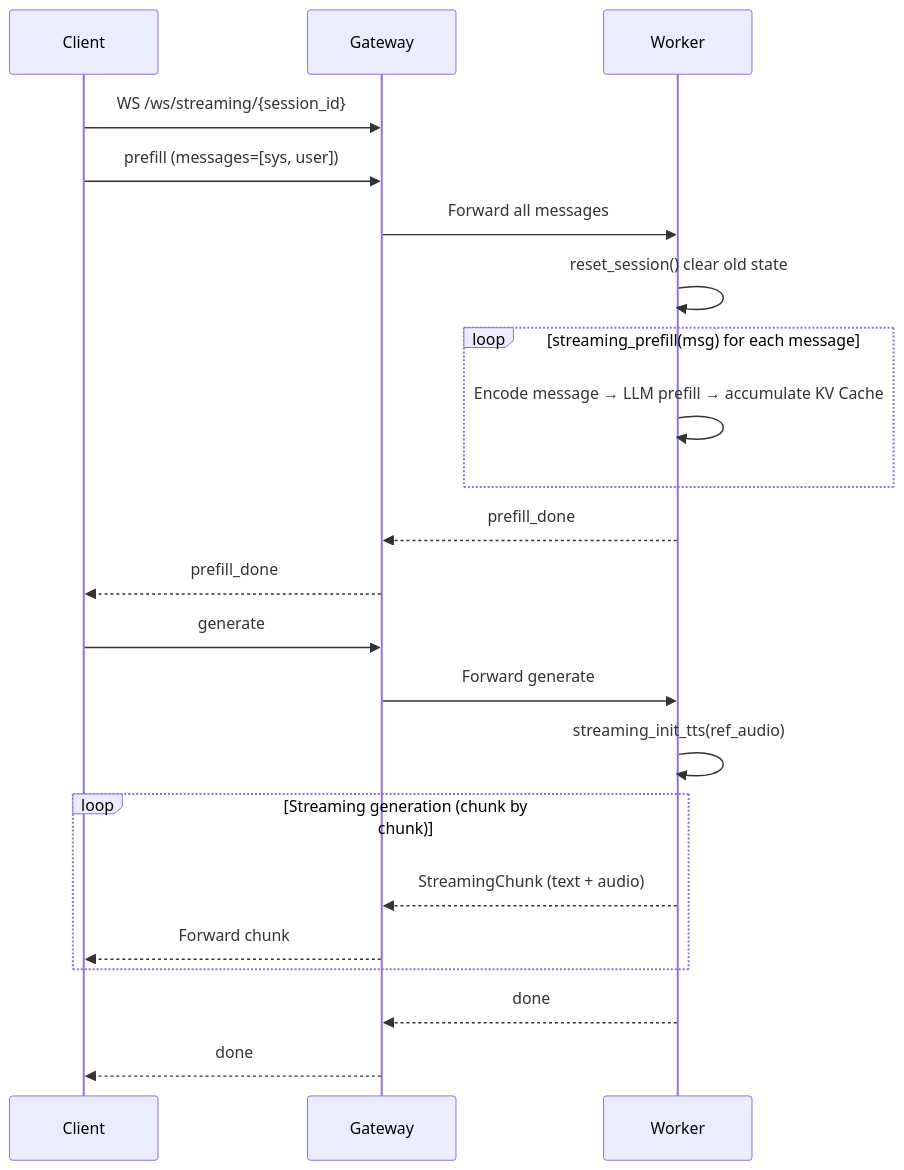
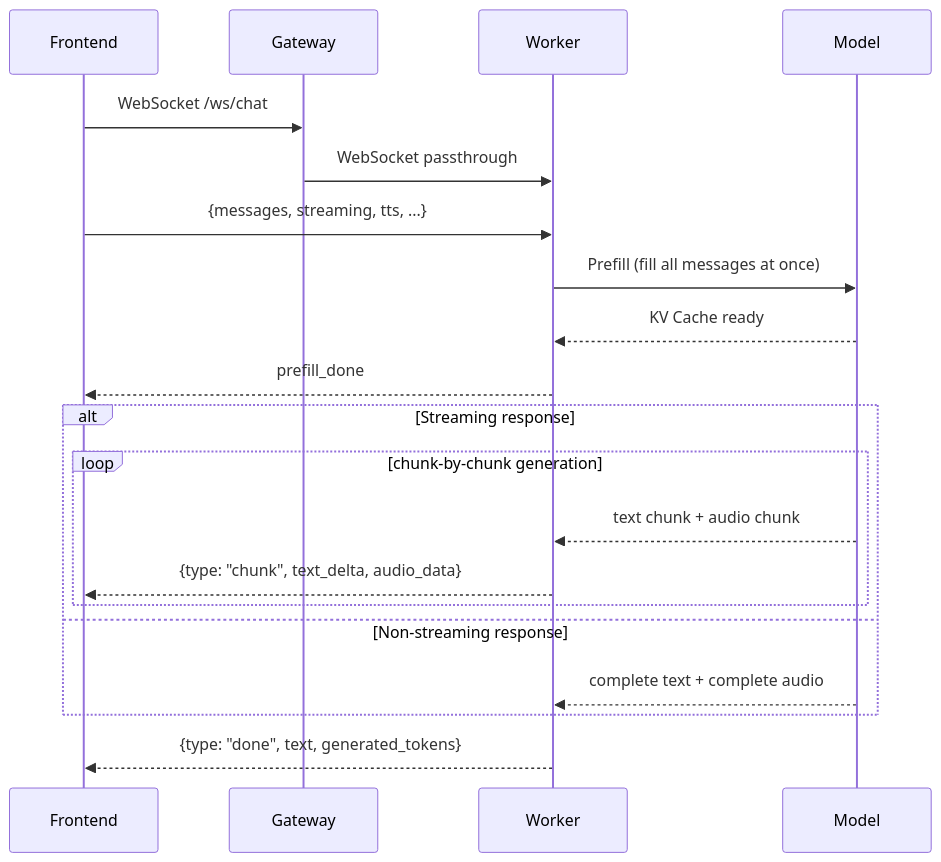
Before and after one commit to OpenBMB/minicpm-o-4_5-pytorch-simple-demo: the second of 2 diagrams in docs/en/architecture/streaming.md, drawn with Mermaid. The commit also changed other lines of this file and 48 other files, not shown here.

````diff
--- a/docs/en/architecture/streaming.md
+++ b/docs/en/architecture/streaming.md
@@ -9,26 +28,26 @@
 ```mermaid
 sequenceDiagram
-    participant C as Client
+    participant FE as Frontend
     participant GW as Gateway
-    participant W as Worker
+    participant WK as Worker
+    participant MD as Model
 
-    C->>GW: WS /ws/streaming/{session_id}
-    C->>GW: prefill (messages=[sys, user])
-    GW->>W: Forward all messages
-    W->>W: reset_session() clear old state
-    loop streaming_prefill(msg) for each message
-        W->>W: Encode message → LLM prefill → accumulate KV Cache
+    FE->>GW: WebSocket /ws/chat
+    GW->>WK: WebSocket passthrough
+    FE->>WK: {messages, streaming, tts, ...}
+
+    WK->>MD: Prefill (fill all messages at once)
+    MD-->>WK: KV Cache ready
+    WK-->>FE: prefill_done
+
+    alt Streaming response
+        loop chunk-by-chunk generation
+            MD-->>WK: text chunk + audio chunk
+            WK-->>FE: {type: "chunk", text_delta, audio_data}
+        end
+    else Non-streaming response
+        MD-->>WK: complete text + complete audio
     end
-    W-->>GW: prefill_done
-    GW-->>C: prefill_done
 
-    C->>GW: generate
-    GW->>W: Forward generate
-    W->>W: streaming_init_tts(ref_audio)
-    loop Streaming generation (chunk by chunk)
-        W-->>GW: StreamingChunk (text + audio)
-        GW-->>C: Forward chunk
-    end
-    W-->>GW: done
-    GW-->>C: done
+    WK-->>FE: {type: "done", text, generated_tokens}
 ```
````
